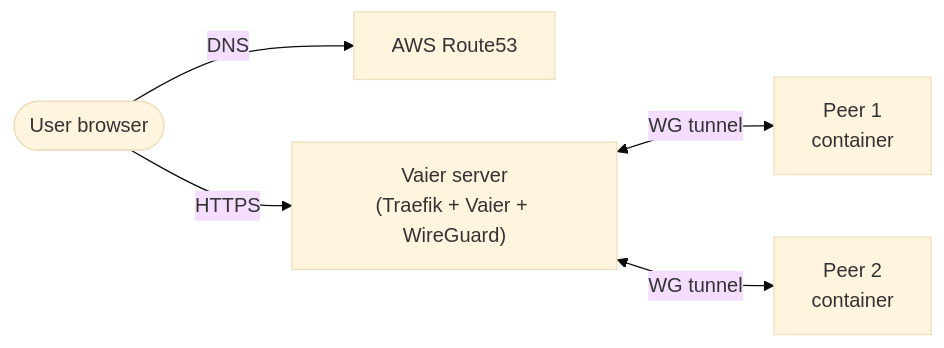
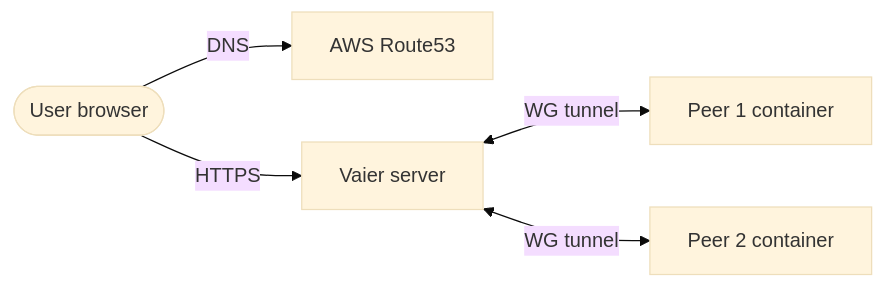
One commit to getvaier/vaier changed the diagram in README.md. Above: the diagram before and after it, drawn with Mermaid (base theme).

Commit message:
README: simplify mermaid node labels so GitHub renders the diagram
Drop <br/> and parenthesised role lists from quoted node labels — they
were preventing GitHub's mermaid renderer from displaying the diagram.

````diff
--- a/README.md
+++ b/README.md
@@ -35,13 +35,13 @@
 ```mermaid
 flowchart LR
     browser([User browser])
     route53[AWS Route53]
-    server["Vaier server<br/>(Traefik + Vaier + WireGuard)"]
-    p1["Peer 1<br/>container"]
-    p2["Peer 2<br/>container"]
+    server[Vaier server]
+    p1[Peer 1 container]
+    p2[Peer 2 container]
 
     browser -->|DNS| route53
     browser -->|HTTPS| server
     server <-->|WG tunnel| p1
     server <-->|WG tunnel| p2
 ```
````
